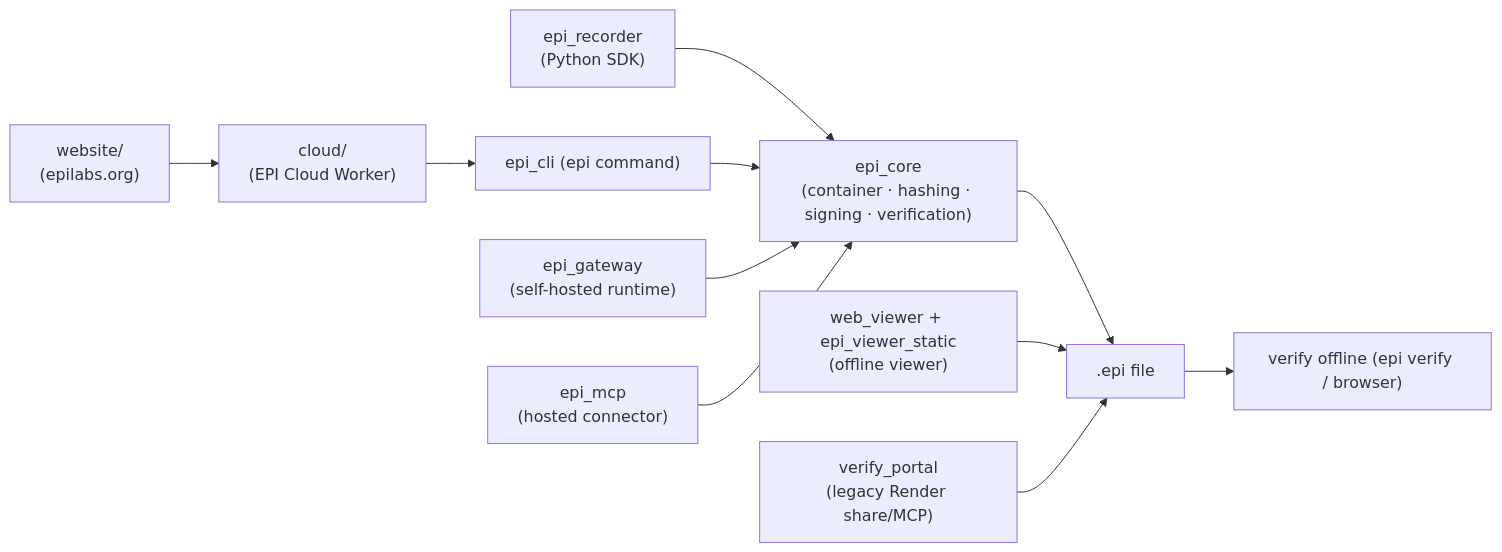
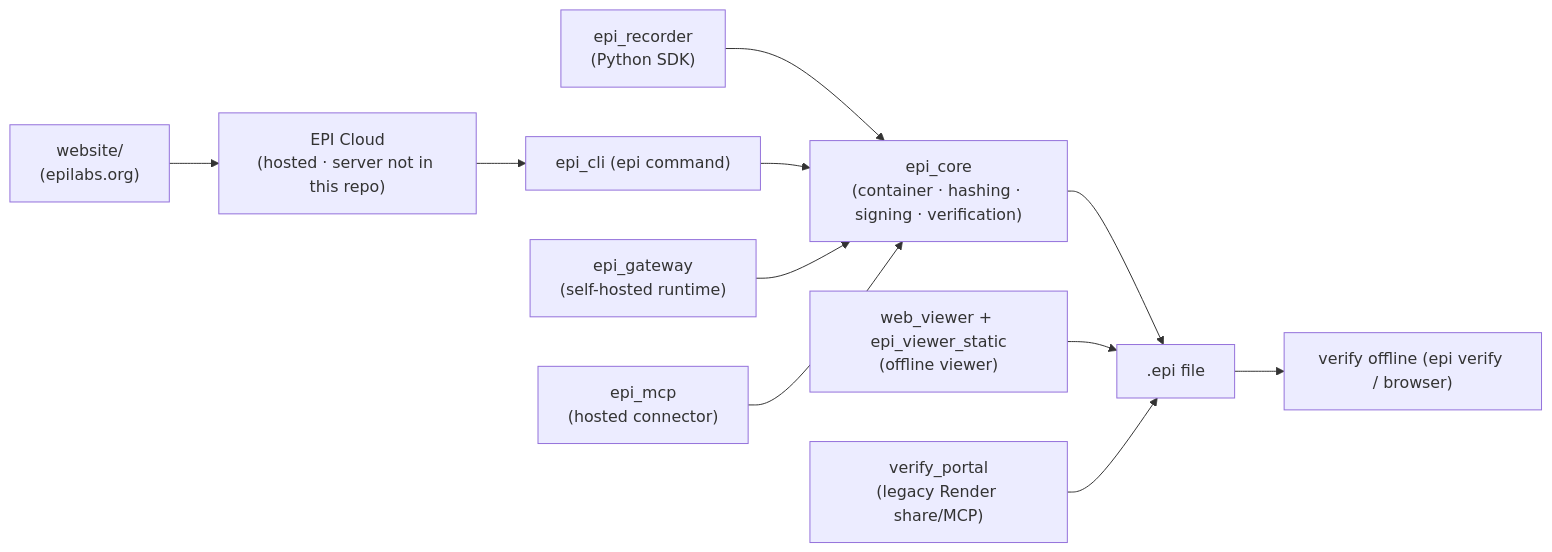
One commit to mohdibrahimaiml/epi-recorder changed the diagram in ARCHITECTURE.md. Above: the diagram before and after it, drawn with Mermaid. The commit also changed other lines of this file and 104 other files, not shown here.

````diff
--- a/ARCHITECTURE.md
+++ b/ARCHITECTURE.md
@@ -11,13 +11,13 @@
 ```mermaid
 flowchart LR
     SDK["epi_recorder<br/>(Python SDK)"] --> CORE["epi_core<br/>(container · hashing · signing · verification)"]
     CLI["epi_cli (epi command)"] --> CORE
     GW["epi_gateway<br/>(self-hosted runtime)"] --> CORE
     MCP["epi_mcp<br/>(hosted connector)"] --> CORE
     CORE --> EPIF[".epi file"]
     EPIF --> VERIFY["verify offline (epi verify / browser)"]
     WV["web_viewer + epi_viewer_static<br/>(offline viewer)"] --> EPIF
-    CLOUD["cloud/<br/>(EPI Cloud Worker)"] --> CLI
+    CLOUD["EPI Cloud<br/>(hosted · server not in this repo)"] --> CLI
     SITE["website/<br/>(epilabs.org)"] --> CLOUD
     PORTAL["verify_portal<br/>(legacy Render share/MCP)"] --> EPIF
 ```
````
